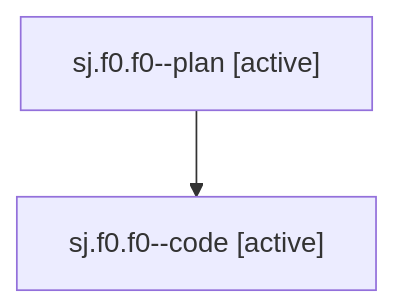
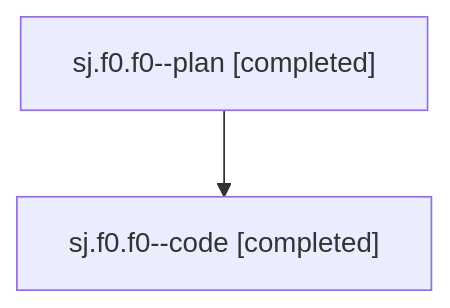
One commit to bobs-org/bob-cli--agents changed the diagram in families/bbugyi200.athena.sj.f0.f0.md. Above: the diagram before and after it, drawn with Mermaid. The commit also changed other lines of this file and 803 other files, not shown here.

````diff
--- a/families/bbugyi200.athena.sj.f0.f0.md
+++ b/families/bbugyi200.athena.sj.f0.f0.md
@@ -9,6 +9,6 @@
 ```mermaid
 flowchart TD
-  n0["sj.f0.f0--plan [active]"]
-  n1["sj.f0.f0--code [active]"]
+  n0["sj.f0.f0--plan [completed]"]
+  n1["sj.f0.f0--code [completed]"]
   n0 --> n1
 ```
````
